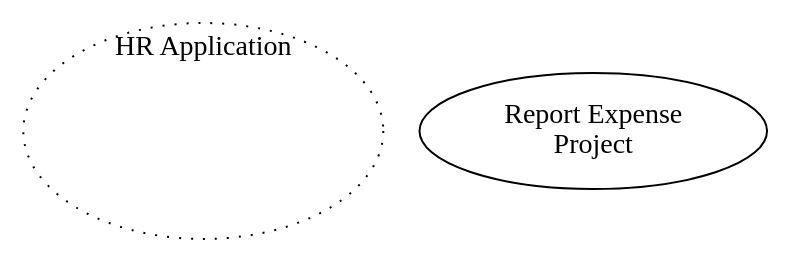
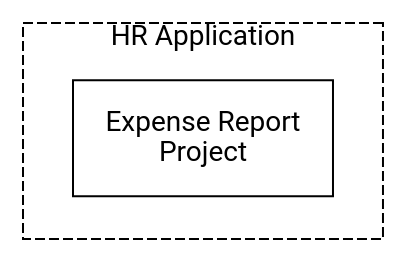
Before and after one commit to bernhardAxonIvy/doc: the diagram in source/concepts/application-lifecycle/hr-app.dot, drawn with Graphviz. The commit also changed 28 other files, not shown here.

```diff
--- a/source/concepts/application-lifecycle/hr-app.dot
+++ b/source/concepts/application-lifecycle/hr-app.dot
@@ -1,4 +1,8 @@
 digraph hrapp {
-  hrapp [ label="HR Application", pos="0,0!" width=2.5 height=1.5 style="dotted" fontcolor="black" labelloc="t"];
-  newemployee [label="Report Expense\nProject" pos="0,-0.05!" width=1.8 height=0.8];
+  layout=neato;
+  node [shape=box, fontname="Roboto,Helvetica Neue,Arial,sans-serif", fixedsize="true", margin=0.1]; 
+  
+  /* nodes */
+  hrapp [ label="HR Application",               pos="0.0,0.0!",   width="2.5" height="1.5" style="dashed" fontcolor="black" labelloc="t"];
+  newemployee [label="Expense Report\nProject", pos="0.0,-0.05!", width="1.8" height="0.8"];
 }
```
